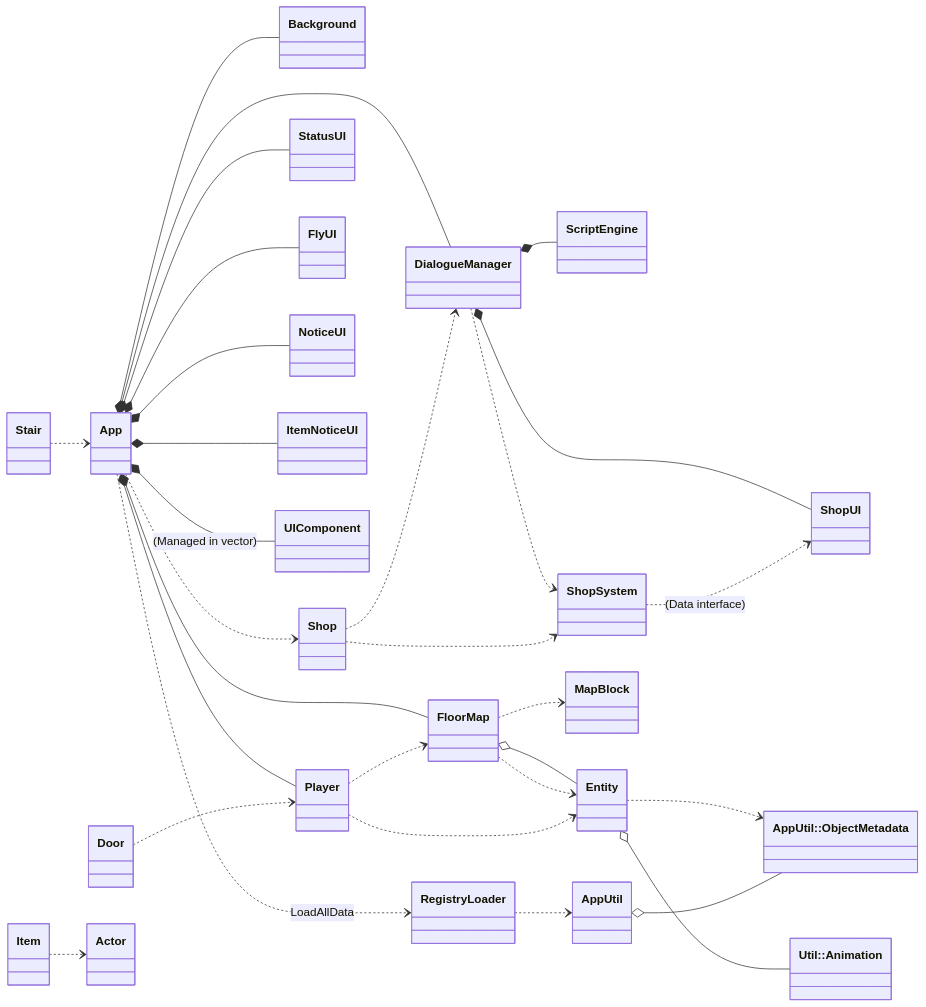
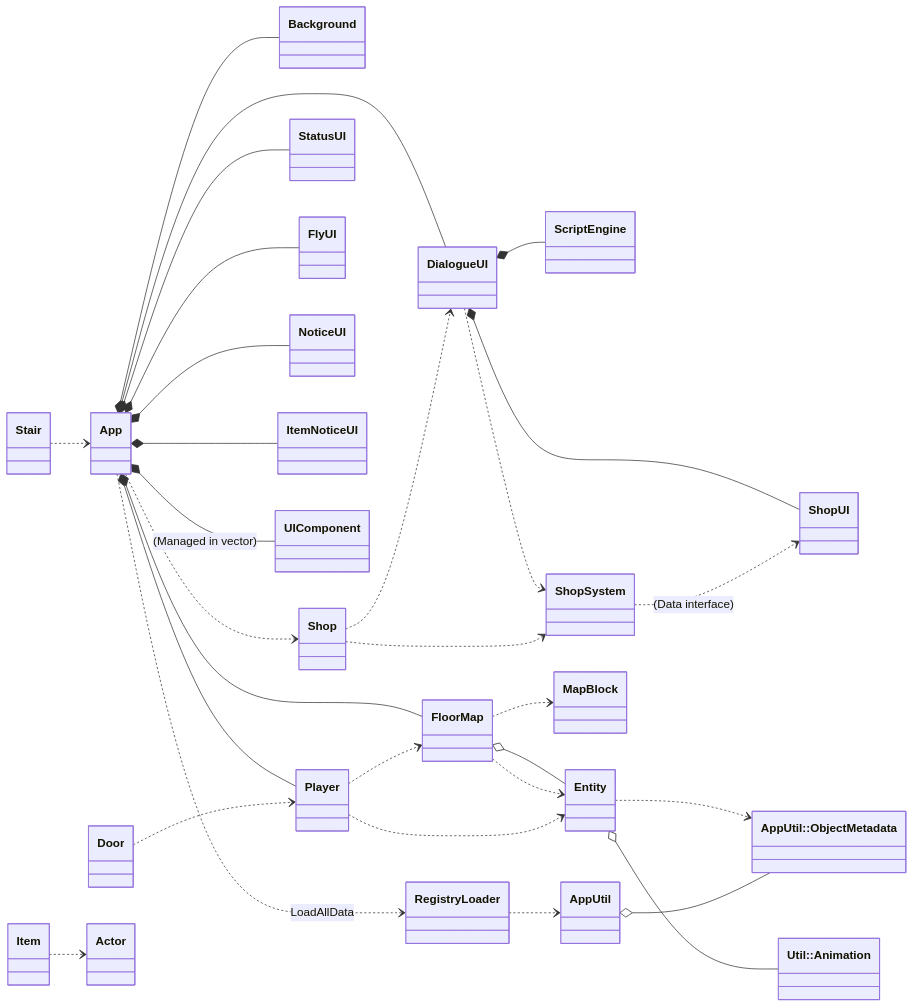
Before and after one commit to XWJWPIY/schoolwork_recreate_magic_tower: the fourth of 4 diagrams in Constructure.md, drawn with Mermaid. The commit also changed other lines of this file and 9 other files, not shown here.

````diff
--- a/Constructure.md
+++ b/Constructure.md
@@ -432,40 +448,40 @@
 ```mermaid
 classDiagram
     direction LR
     class Animation["Util::Animation"]
     class ObjectMetadata["AppUtil::ObjectMetadata"]
 
     App ..> RegistryLoader : LoadAllData
     App *-- Background
     App *-- FloorMap
     App *-- Player
     App *-- StatusUI
     App *-- FlyUI
     App *-- NoticeUI
     App *-- ItemNoticeUI
-    App *-- DialogueManager
+    App *-- DialogueUI
     App *-- UIComponent : (Managed in vector)
     App ..> Shop
-    DialogueManager *-- ScriptEngine
-    DialogueManager *-- ShopUI
-    DialogueManager ..> ShopSystem
+    DialogueUI *-- ScriptEngine
+    DialogueUI *-- ShopUI
+    DialogueUI ..> ShopSystem
     ShopSystem ..> ShopUI : (Data interface)
     Shop ..> ShopSystem
 
     FloorMap o-- Entity
     FloorMap ..> MapBlock
     FloorMap ..> Entity
 
     Entity o-- Animation
     Entity ..> ObjectMetadata
 
     Player ..> FloorMap
     Player ..> Entity
-    Shop ..> DialogueManager
+    Shop ..> DialogueUI
     Door ..> Player
     Item ..> Actor
     Stair ..> App
 
     RegistryLoader ..> AppUtil
     AppUtil o-- ObjectMetadata
 ```
````
